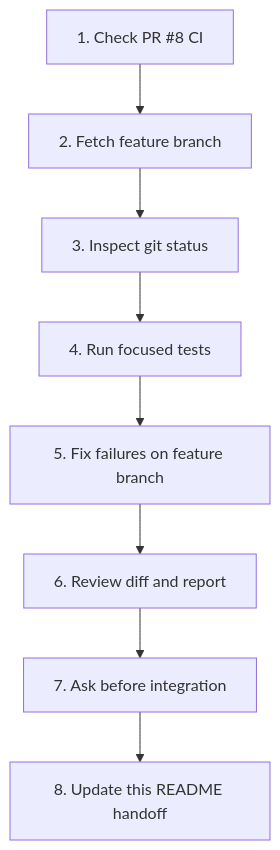
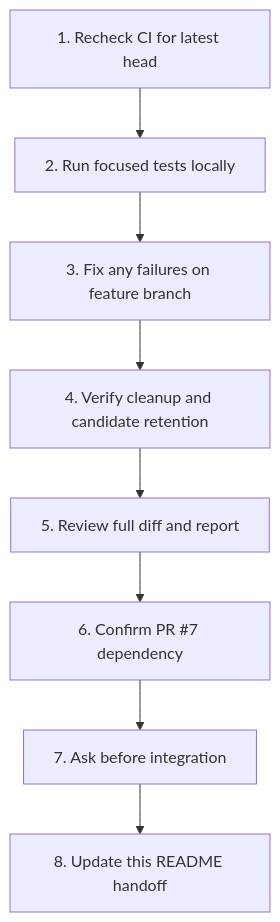
One commit to deathkernel/TARA changed the sixth of 7 diagrams in README.md. Above: the diagram before and after it, drawn with Mermaid. The commit also changed other lines of this file, not shown here.

````diff
--- a/README.md
+++ b/README.md
@@ -125,10 +131,10 @@
 ```mermaid
 flowchart TD
-    N1[1. Check PR #8 CI] --> N2[2. Fetch feature branch]
-    N2 --> N3[3. Inspect git status]
-    N3 --> N4[4. Run focused tests]
-    N4 --> N5[5. Fix failures on feature branch]
-    N5 --> N6[6. Review diff and report]
+    N1[1. Recheck CI for latest head] --> N2[2. Run focused tests locally]
+    N2 --> N3[3. Fix any failures on feature branch]
+    N3 --> N4[4. Verify cleanup and candidate retention]
+    N4 --> N5[5. Review full diff and report]
+    N5 --> N6[6. Confirm PR #7 dependency]
     N6 --> N7[7. Ask before integration]
     N7 --> N8[8. Update this README handoff]
 ```
````
